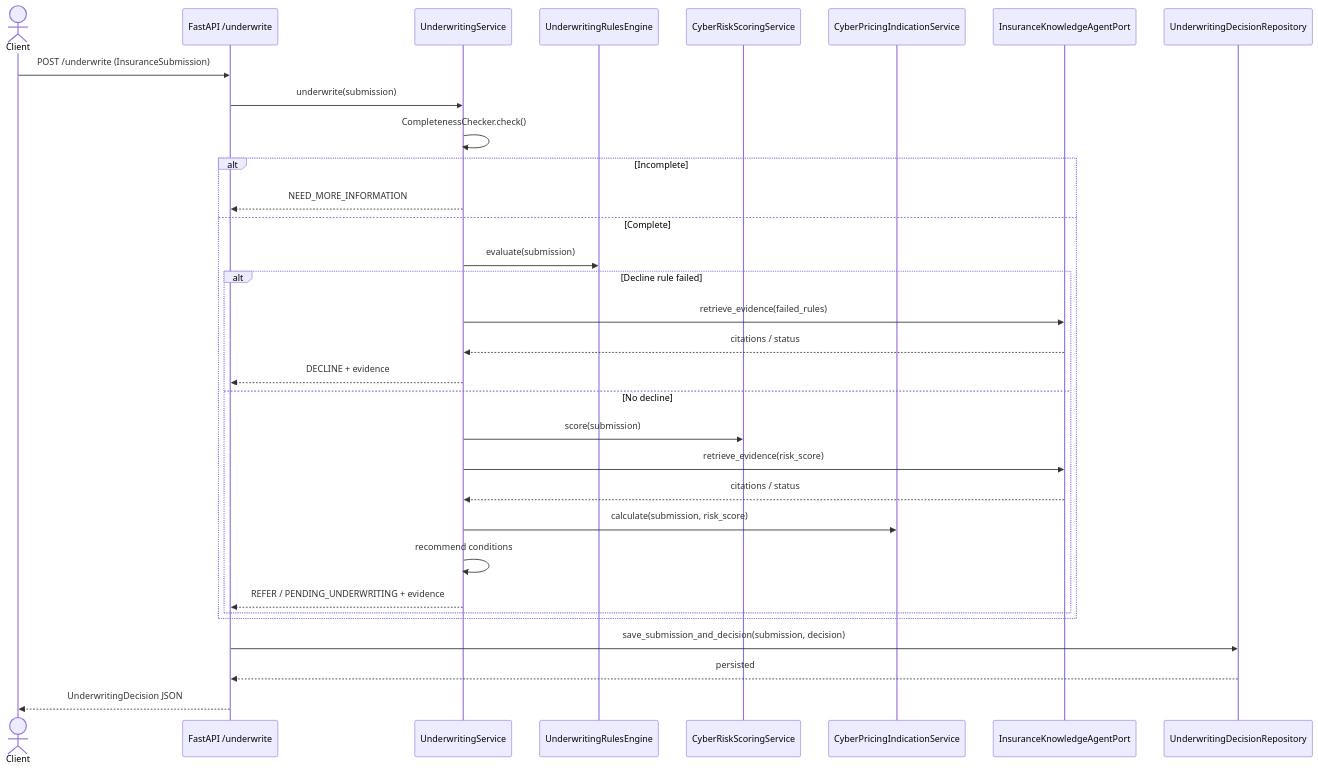
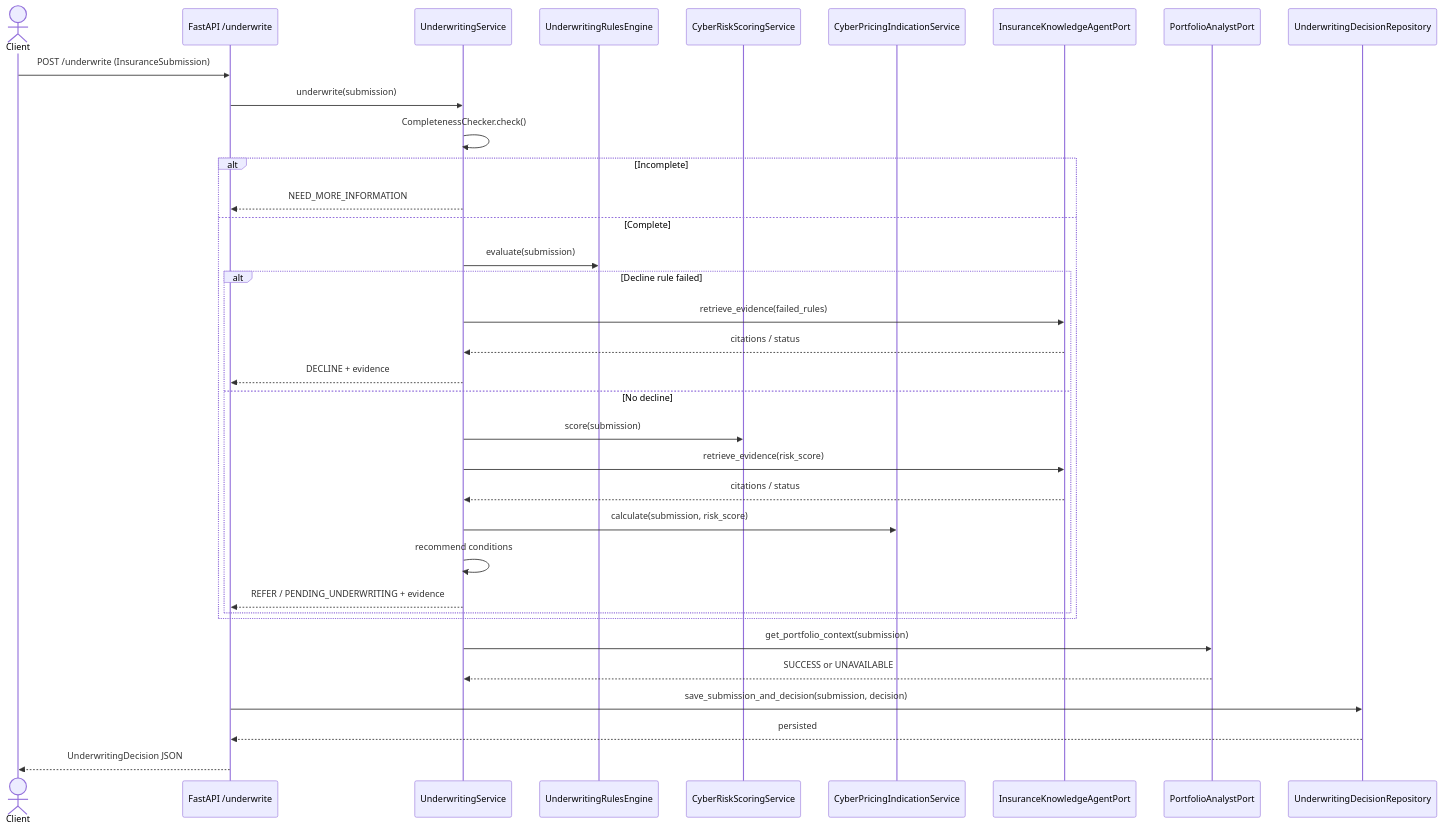
The second of 3 diagrams in docs/system-architecture.md (Kwame-K/underwriting-agent), drawn with Mermaid before and after one commit. The commit also changed other lines of this file and 3 other files, not shown here.

````diff
--- a/docs/system-architecture.md
+++ b/docs/system-architecture.md
@@ -102,35 +113,38 @@
 ```mermaid
 sequenceDiagram
     actor Client
     participant API as FastAPI /underwrite
     participant Service as UnderwritingService
     participant Rules as UnderwritingRulesEngine
     participant Scoring as CyberRiskScoringService
     participant Pricing as CyberPricingIndicationService
     participant Knowledge as InsuranceKnowledgeAgentPort
+    participant Portfolio as PortfolioAnalystPort
     participant Repo as UnderwritingDecisionRepository
 
     Client->>API: POST /underwrite (InsuranceSubmission)
     API->>Service: underwrite(submission)
     Service->>Service: CompletenessChecker.check()
     alt Incomplete
         Service-->>API: NEED_MORE_INFORMATION
     else Complete
         Service->>Rules: evaluate(submission)
         alt Decline rule failed
             Service->>Knowledge: retrieve_evidence(failed_rules)
             Knowledge-->>Service: citations / status
             Service-->>API: DECLINE + evidence
         else No decline
             Service->>Scoring: score(submission)
             Service->>Knowledge: retrieve_evidence(risk_score)
             Knowledge-->>Service: citations / status
             Service->>Pricing: calculate(submission, risk_score)
             Service->>Service: recommend conditions
             Service-->>API: REFER / PENDING_UNDERWRITING + evidence
         end
     end
+    Service->>Portfolio: get_portfolio_context(submission)
+    Portfolio-->>Service: SUCCESS or UNAVAILABLE
     API->>Repo: save_submission_and_decision(submission, decision)
     Repo-->>API: persisted
     API-->>Client: UnderwritingDecision JSON
 ```
````
